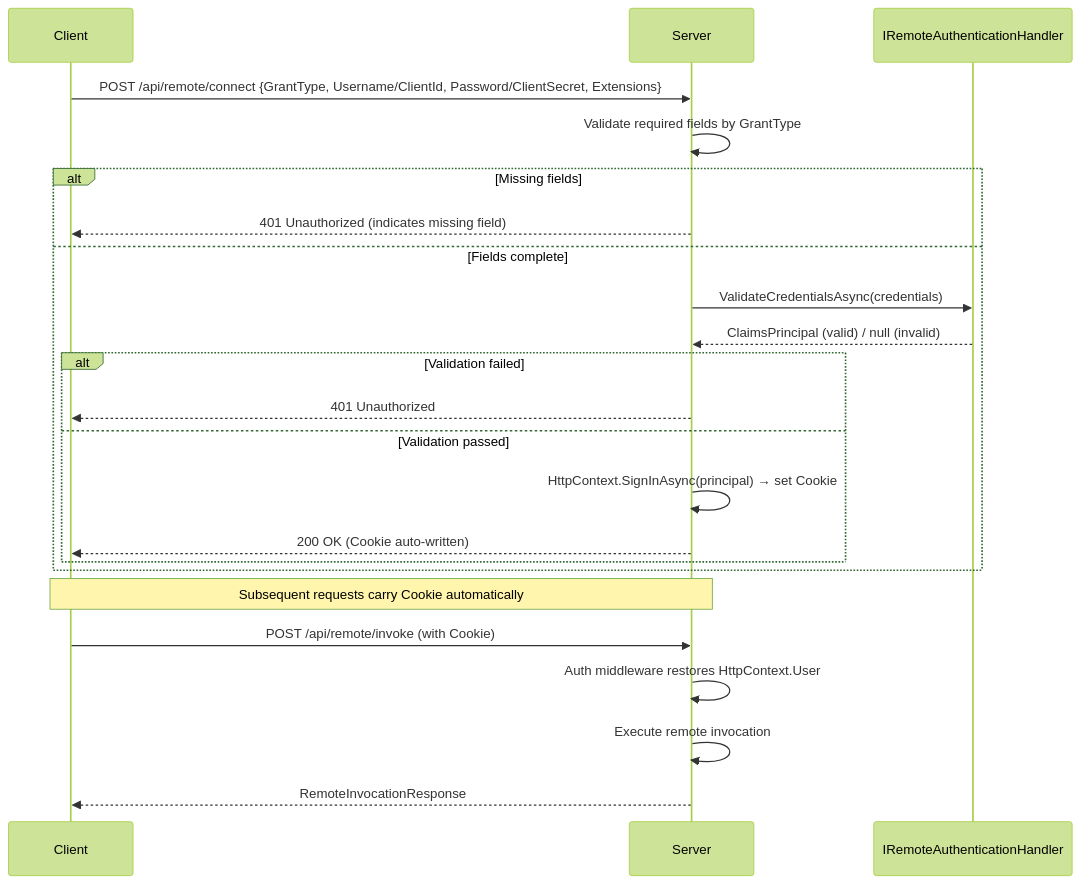
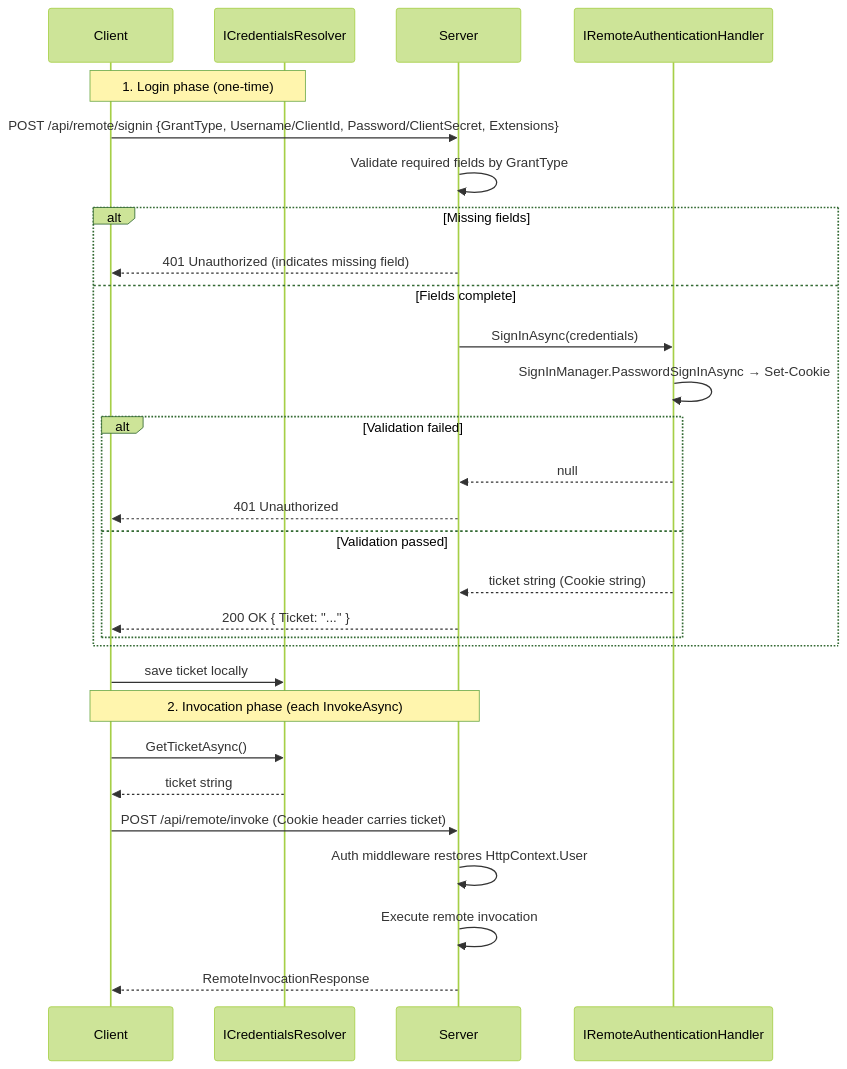
The second of 3 diagrams in docs/03-advanced-topics/09-remote-service.en.md (danjiewu/LiteOrm), drawn with Mermaid (forest theme) before and after one commit. The commit also changed other lines of this file and 16 other files, not shown here.

````diff
--- a/docs/03-advanced-topics/09-remote-service.en.md
+++ b/docs/03-advanced-topics/09-remote-service.en.md
@@ -307,26 +309,33 @@
 ```mermaid
 sequenceDiagram
     participant Client as Client
+    participant Resolver as ICredentialsResolver
     participant Server as Server
-    participant Store as IRemoteAuthenticationHandler
+    participant Handler as IRemoteAuthenticationHandler
 
-    Client->>Server: POST /api/remote/connect {GrantType, Username/ClientId, Password/ClientSecret, Extensions}
+    Note over Client,Resolver: 1. Login phase (one-time)
+    Client->>Server: POST /api/remote/signin {GrantType, Username/ClientId, Password/ClientSecret, Extensions}
     Server->>Server: Validate required fields by GrantType
     alt Missing fields
         Server-->>Client: 401 Unauthorized (indicates missing field)
     else Fields complete
-        Server->>Store: ValidateCredentialsAsync(credentials)
-        Store-->>Server: ClaimsPrincipal (valid) / null (invalid)
+        Server->>Handler: SignInAsync(credentials)
+        Handler->>Handler: SignInManager.PasswordSignInAsync → Set-Cookie
         alt Validation failed
+            Handler-->>Server: null
             Server-->>Client: 401 Unauthorized
         else Validation passed
-            Server->>Server: HttpContext.SignInAsync(principal) → set Cookie
-            Server-->>Client: 200 OK (Cookie auto-written)
+            Handler-->>Server: ticket string (Cookie string)
+            Server-->>Client: 200 OK { Ticket: "..." }
         end
     end
-    Note over Client,Server: Subsequent requests carry Cookie automatically
-    Client->>Server: POST /api/remote/invoke (with Cookie)
+    Client->>Resolver: save ticket locally
+
+    Note over Client,Server: 2. Invocation phase (each InvokeAsync)
+    Client->>Resolver: GetTicketAsync()
+    Resolver-->>Client: ticket string
+    Client->>Server: POST /api/remote/invoke (Cookie header carries ticket)
     Server->>Server: Auth middleware restores HttpContext.User
     Server->>Server: Execute remote invocation
     Server-->>Client: RemoteInvocationResponse
 ```
````
